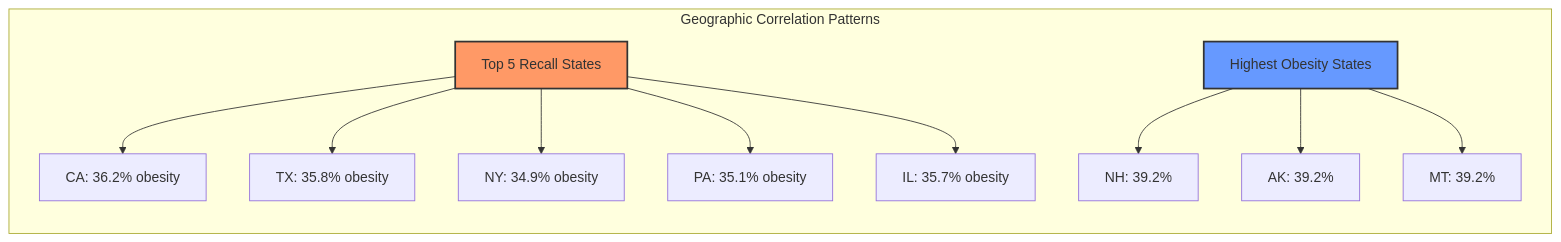
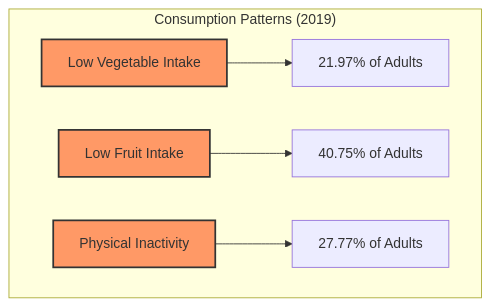
Diagram 17 of 22 in README.md (gsinghjay/data-dashboard), drawn with Mermaid before and after one commit. The commit also changed other lines of this file, not shown here.

````diff
--- a/README.md
+++ b/README.md
@@ -285,17 +296,12 @@
 ```mermaid
-graph LR
-    subgraph "Geographic Correlation Patterns"
-        A[Top 5 Recall States] --> B[CA: 36.2% obesity]
-        A --> C[TX: 35.8% obesity]
-        A --> D[NY: 34.9% obesity]
-        A --> E[PA: 35.1% obesity]
-        A --> F[IL: 35.7% obesity]
-        
-        G[Highest Obesity States] --> H[NH: 39.2%]
-        G --> I[AK: 39.2%]
-        G --> J[MT: 39.2%]
+graph TB
+    subgraph "Consumption Patterns (2019)"
+        A[Low Vegetable Intake] --> B[21.97% of Adults]
+        C[Low Fruit Intake] --> D[40.75% of Adults]
+        E[Physical Inactivity] --> F[27.77% of Adults]
     end
     
     style A fill:#f96,stroke:#333,stroke-width:2px
-    style G fill:#69f,stroke:#333,stroke-width:2px
+    style C fill:#f96,stroke:#333,stroke-width:2px
+    style E fill:#f96,stroke:#333,stroke-width:2px
 ```
````
